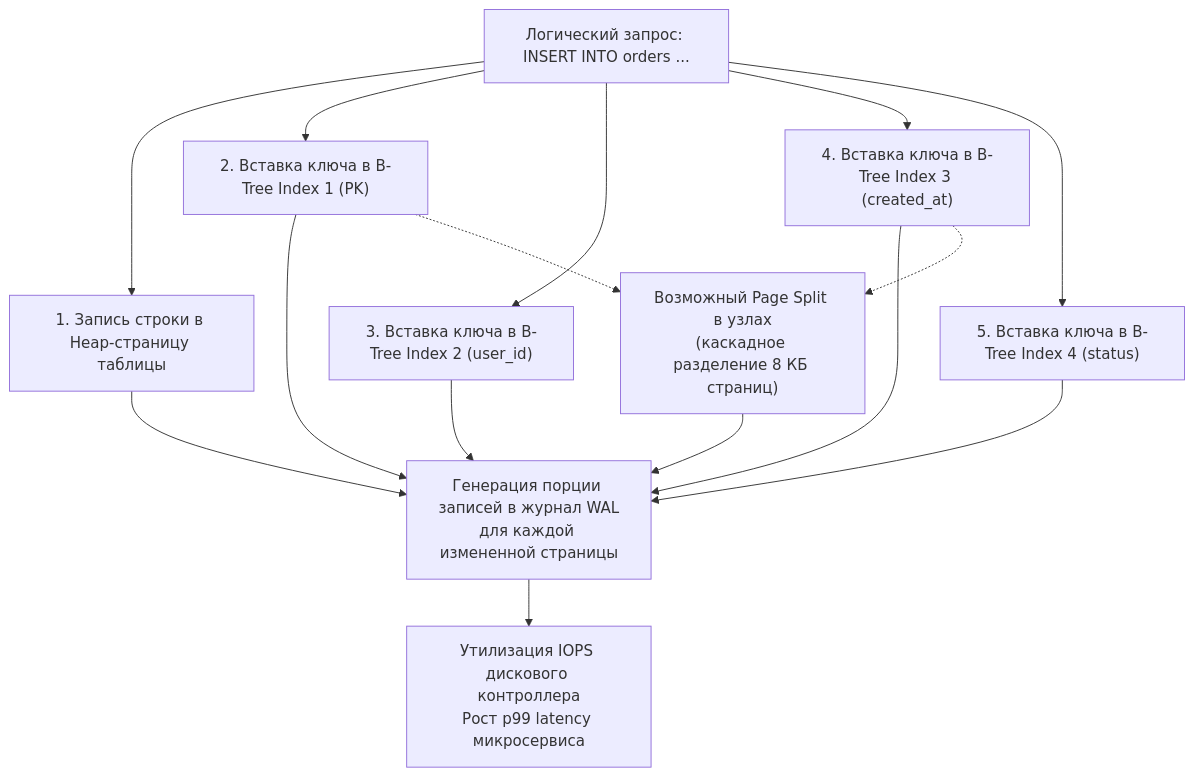
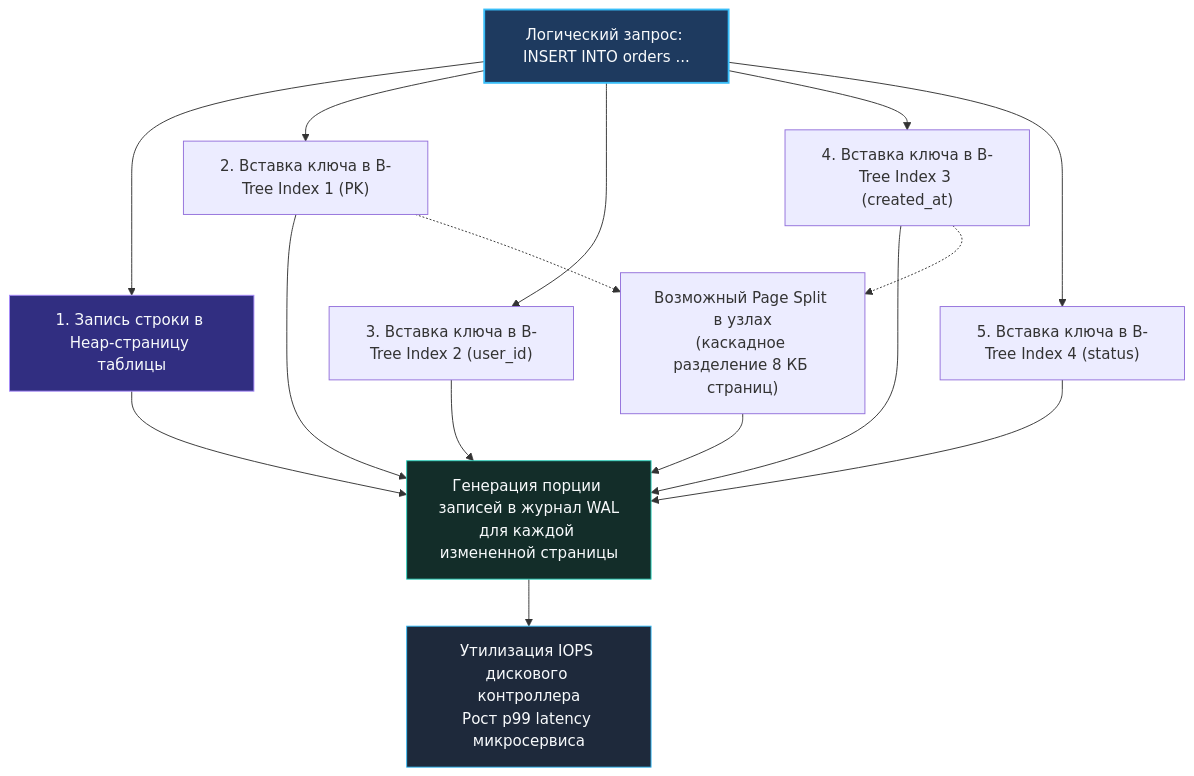
Before and after one commit to UnrealTemplier/go-textbook: the diagram in sources/12. Базы данных/04. Индексы и производительность/9. Когда индекс вреден.md, drawn with Mermaid. The commit also changed 1666 other files, not shown here.

First line of the commit message:
feat(mermaid): add semantic color classDef to 1369 colorless flowchart/graph diagrams

````diff
--- a/sources/12. Базы данных/04. Индексы и производительность/9. Когда индекс вреден.md
+++ b/sources/12. Базы данных/04. Индексы и производительность/9. Когда индекс вреден.md
@@ -26,27 +26,37 @@
 ```mermaid
 flowchart TD
-    Insert["Логический запрос: INSERT INTO orders ..."]
-    HeapWrite["1. Запись строки в Heap-страницу таблицы"]
+    classDef process  fill:#1e293b,stroke:#38bdf8,stroke-width:1px,color:#f8fafc
+    classDef success  fill:#064e3b,stroke:#34d399,stroke-width:1px,color:#f8fafc
+    classDef error    fill:#7f1d1d,stroke:#f87171,stroke-width:1px,color:#f8fafc
+    classDef warning  fill:#78350f,stroke:#fbbf24,stroke-width:1px,color:#f8fafc
+    classDef entry    fill:#1e3a5f,stroke:#38bdf8,stroke-width:2px,color:#f8fafc
+    classDef aux      fill:#334155,stroke:#64748b,stroke-width:1px,color:#f8fafc
+    classDef system   fill:#312e81,stroke:#a78bfa,stroke-width:1px,color:#f8fafc
+    classDef data     fill:#132d29,stroke:#2dd4bf,stroke-width:1px,color:#f8fafc
+    classDef network  fill:#881337,stroke:#fb7185,stroke-width:1px,color:#f8fafc
+    classDef accent   fill:#1e1b4b,stroke:#818cf8,stroke-width:1px,color:#f8fafc
+    Insert["Логический запрос: INSERT INTO orders ..."]:::entry
+    HeapWrite["1. Запись строки в Heap-страницу таблицы"]:::system
     Idx1["2. Вставка ключа в B-Tree Index 1 (PK)"]
     Idx2["3. Вставка ключа в B-Tree Index 2 (user_id)"]
     Idx3["4. Вставка ключа в B-Tree Index 3 (created_at)"]
     Idx4["5. Вставка ключа в B-Tree Index 4 (status)"]
-    WALGen["Генерация порции записей в журнал WAL<br>для каждой измененной страницы"]
+    WALGen["Генерация порции записей в журнал WAL<br>для каждой измененной страницы"]:::data
     Split["Возможный Page Split в узлах<br>(каскадное разделение 8 КБ страниц)"]
-    DiskBottleneck["Утилизация IOPS дискового контроллера<br>Рост p99 latency микросервиса"]
+    DiskBottleneck["Утилизация IOPS дискового контроллера<br>Рост p99 latency микросервиса"]:::process
 
     Insert --> HeapWrite
     Insert --> Idx1
     Insert --> Idx2
     Insert --> Idx3
     Insert --> Idx4
     HeapWrite --> WALGen
     Idx1 --> WALGen
     Idx2 --> WALGen
     Idx3 --> WALGen
     Idx4 --> WALGen
     Idx1 -.-> Split
     Idx3 -.-> Split
     Split --> WALGen
     WALGen --> DiskBottleneck
 ```
````
